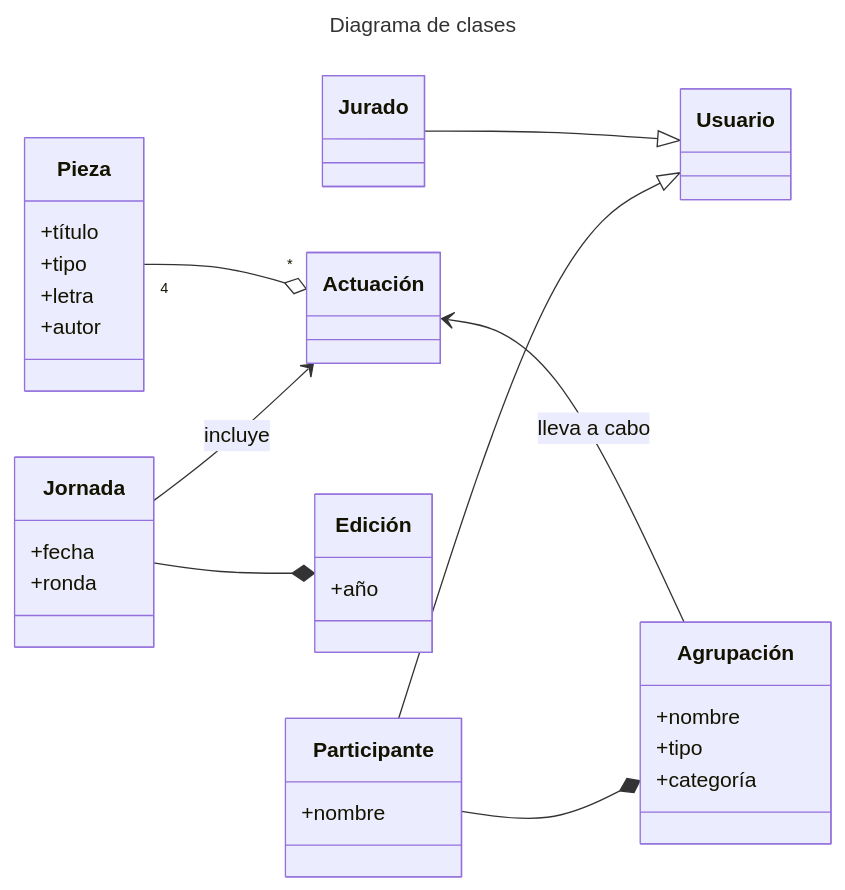
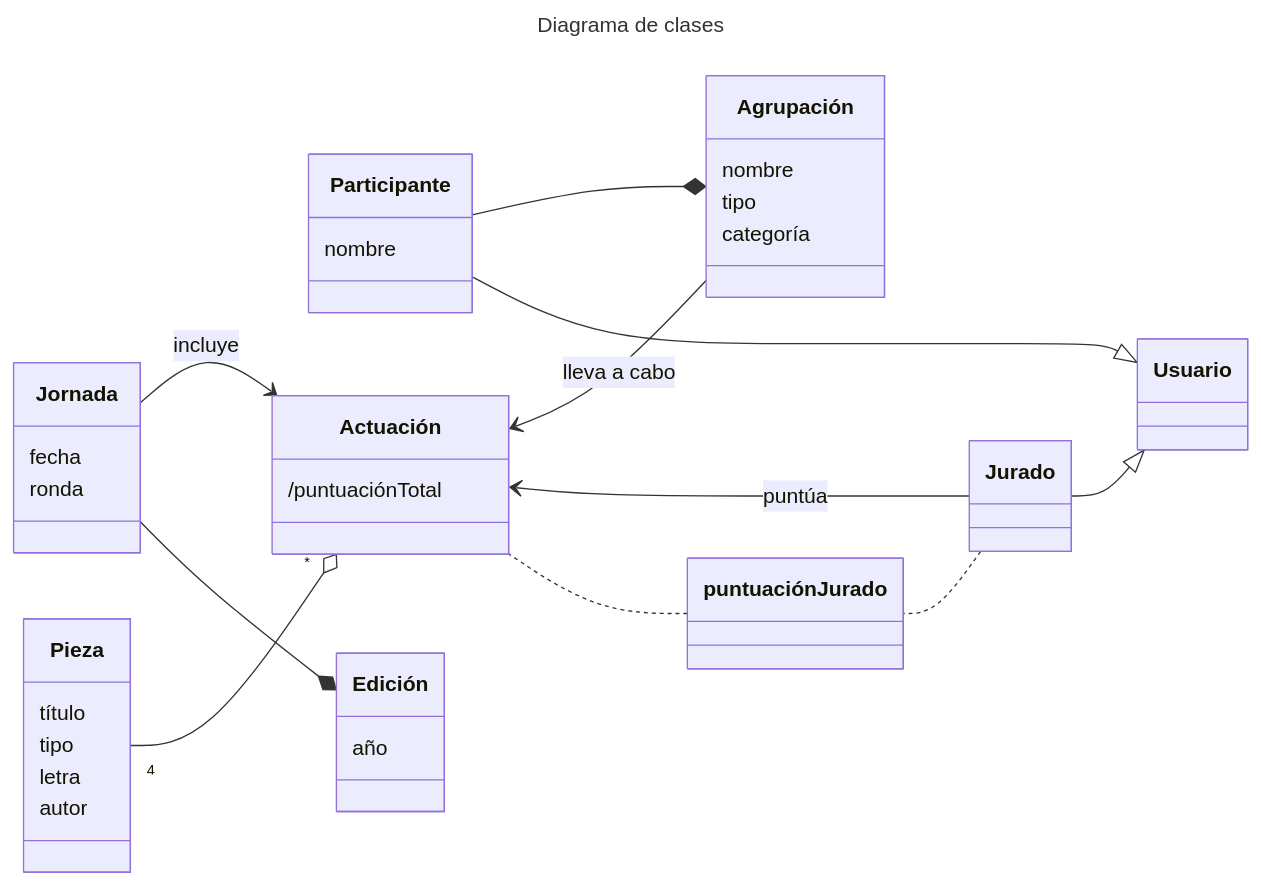
One commit to Lr2314/iw2026-2027-carnaval changed the diagram in docs/requisitos.md. Above: the diagram before and after it, drawn with Mermaid.

Commit message:
Añadir puntuación

````diff
--- a/docs/requisitos.md
+++ b/docs/requisitos.md
@@ -2,35 +2,41 @@
 ```mermaid
 ---
 title: Diagrama de clases
 ---
 classDiagram
     direction RL
     Agrupación *-- Participante
     Agrupación --> Actuación : lleva a cabo
     Actuación <-- Jornada : incluye
     Actuación "*"o--"4" Pieza
     Edición *-- Jornada
     Usuario <|-- Participante
     Usuario <|-- Jurado
+    Jurado --> Actuación : puntúa
+    Jurado .. puntuaciónJurado
+    puntuaciónJurado .. Actuación
     class Agrupación{
-        +nombre
-        +tipo
-        +categoría
+        nombre
+        tipo
+        categoría
     }
     class Participante {
-        +nombre
+        nombre
     }
     class Jornada {
-        +fecha
-        +ronda
+        fecha
+        ronda
     }
     class Pieza {
-        +título
-        +tipo
-        +letra
-        +autor
+        título
+        tipo
+        letra
+        autor
     }
     class Edición {
-        +año
+        año
+    }
+    class Actuación {
+        /puntuaciónTotal
     }
 ```
````
